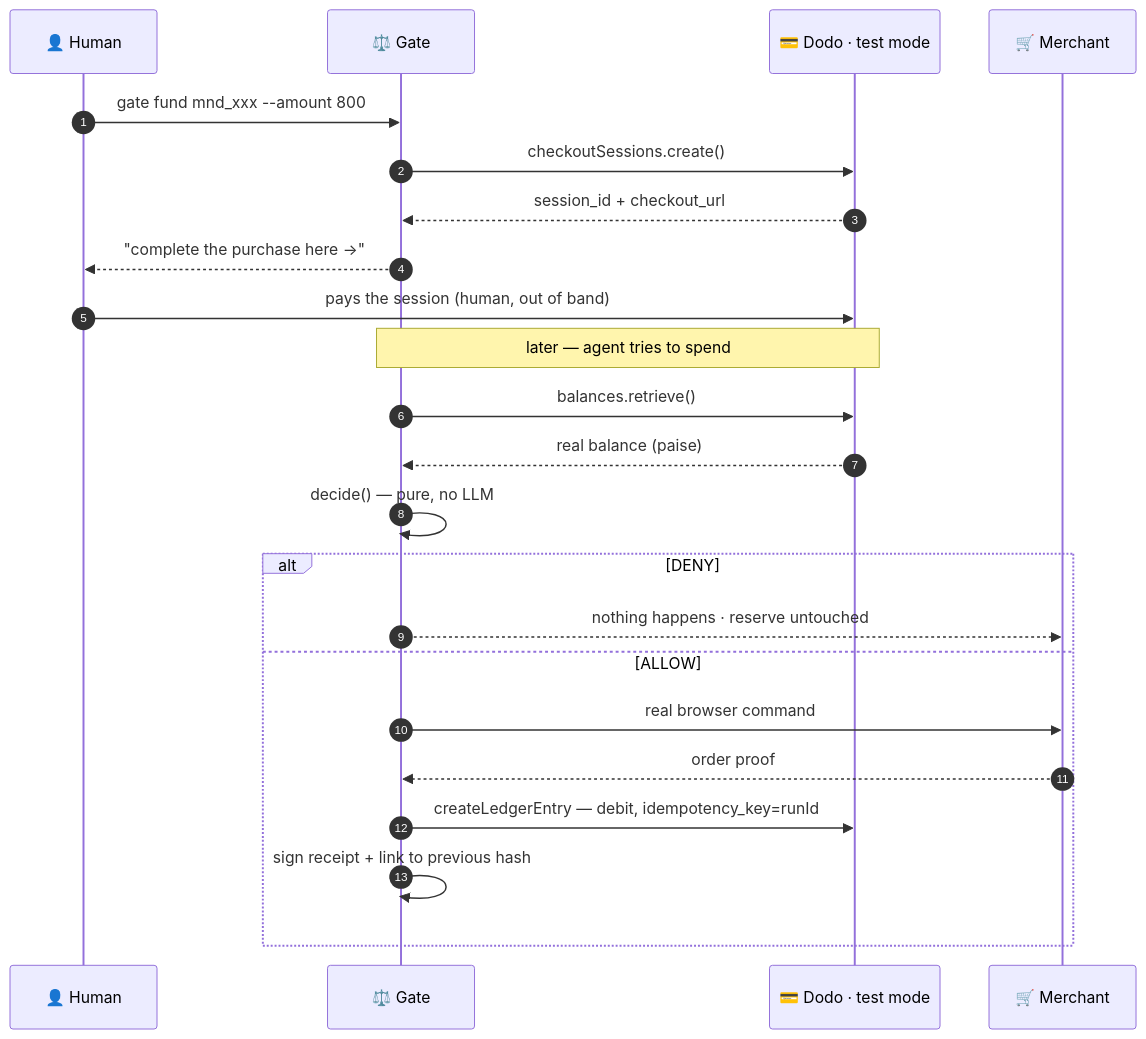
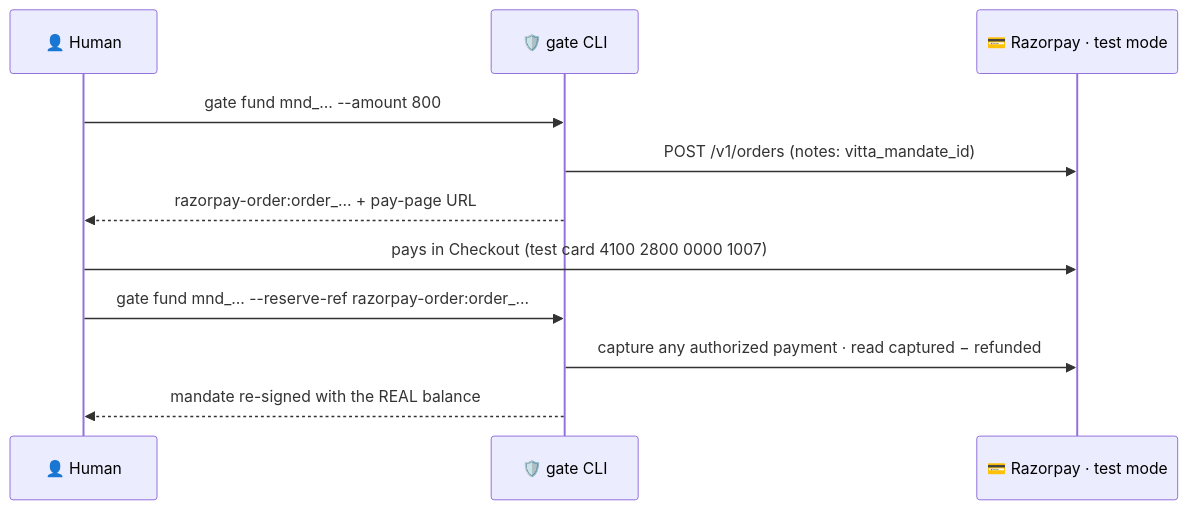
One commit to Agnik47/Vitta changed the second of 2 diagrams in README.md. Above: the diagram before and after it, drawn with Mermaid. The commit also changed other lines of this file and 98 other files, not shown here.

````diff
--- a/README.md
+++ b/README.md
@@ -154,27 +151,13 @@
 ```mermaid
 sequenceDiagram
-    autonumber
     participant H as 👤 Human
-    participant G as ⚖️ Gate
-    participant D as 💳 Dodo · test mode
-    participant M as 🛒 Merchant
-
-    H->>G: gate fund mnd_xxx --amount 800
-    G->>D: checkoutSessions.create()
-    D-->>G: session_id + checkout_url
-    G-->>H: "complete the purchase here →"
-    H->>D: pays the session (human, out of band)
-
-    Note over G,D: later — agent tries to spend
-    G->>D: balances.retrieve()
-    D-->>G: real balance (paise)
-    G->>G: decide() — pure, no LLM
-    alt DENY
-        G-->>M: nothing happens · reserve untouched
-    else ALLOW
-        G->>M: real browser command
-        M-->>G: order proof
-        G->>D: createLedgerEntry — debit, idempotency_key=runId
-        G->>G: sign receipt + link to previous hash
-    end
+    participant G as 🛡️ gate CLI
+    participant R as 💳 Razorpay · test mode
+    H->>G: gate fund mnd_… --amount 800
+    G->>R: POST /v1/orders (notes: vitta_mandate_id)
+    G-->>H: razorpay-order:order_… + pay-page URL
+    H->>R: pays in Checkout (test card 4100 2800 0000 1007)
+    H->>G: gate fund mnd_… --reserve-ref razorpay-order:order_…
+    G->>R: capture any authorized payment · read captured − refunded
+    G-->>H: mandate re-signed with the REAL balance
 ```
````
